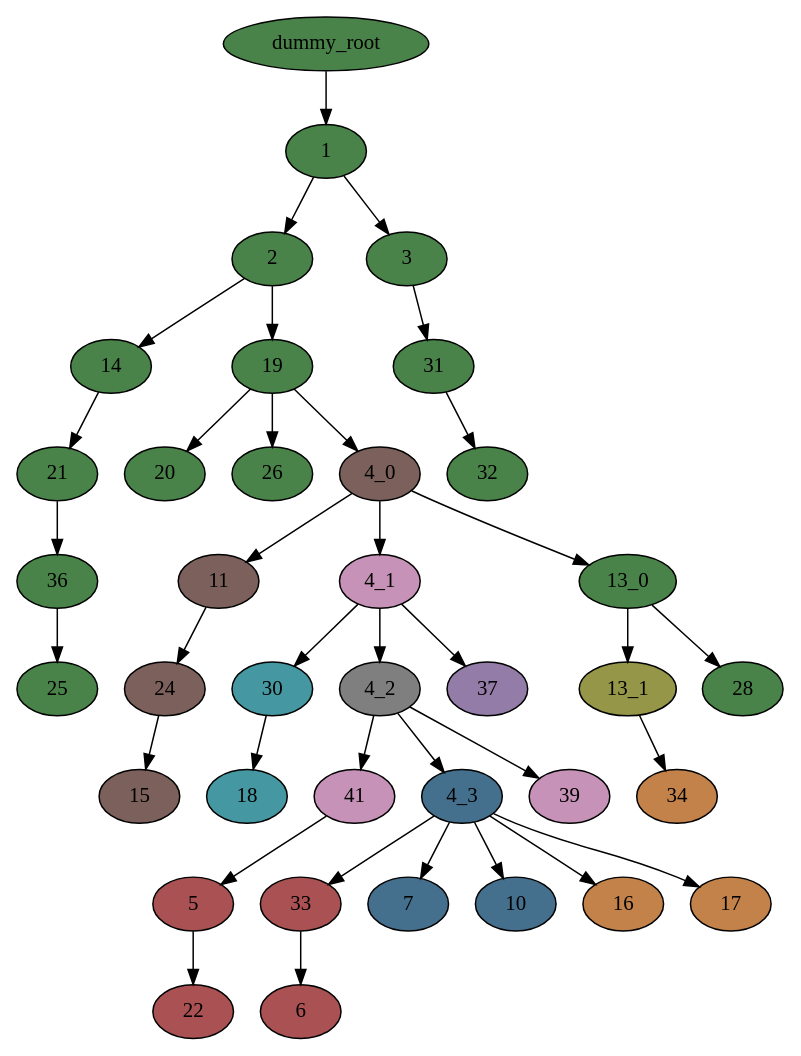
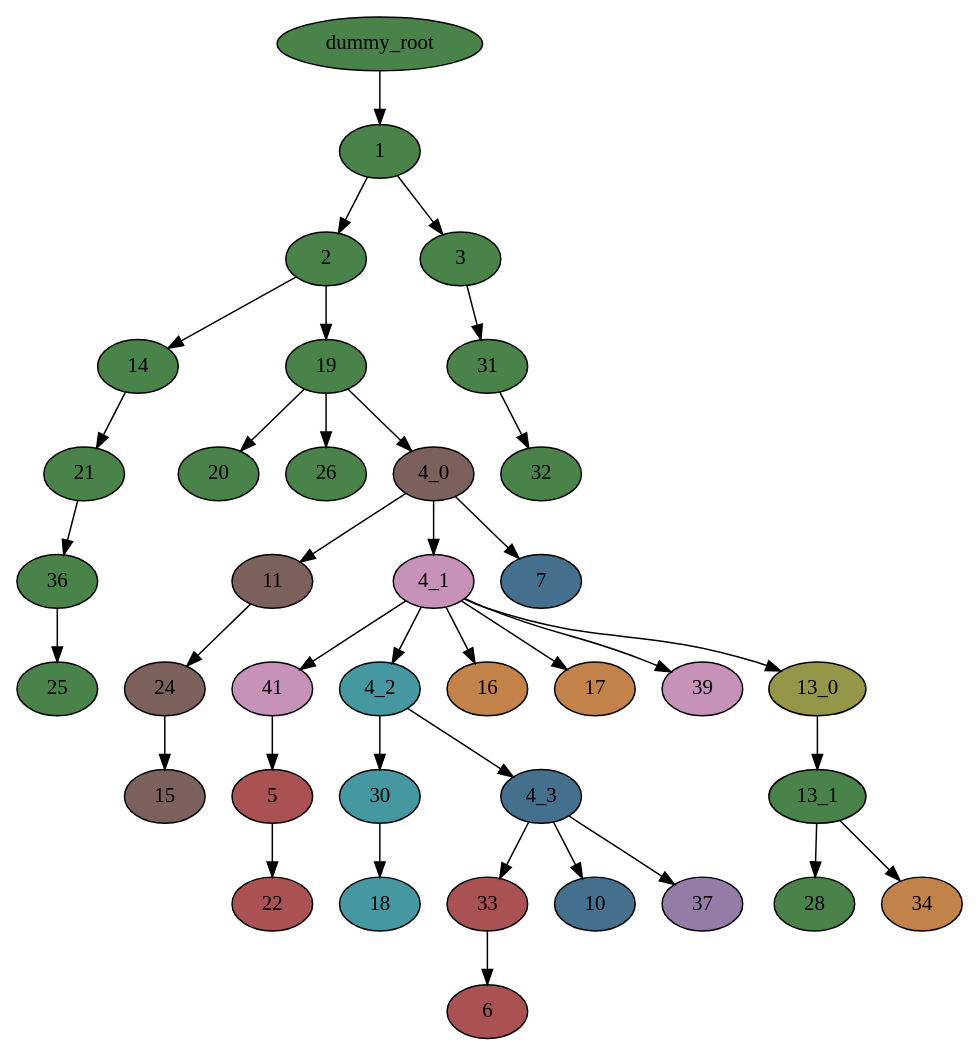
One commit to noahcape/pmh-rp changed the diagram in trees/CRUKP1584/tlp/tlp_output_colored_tree.dot. Above: the diagram before and after it, drawn with Graphviz. The commit also changed 255 other files, not shown here.

```diff
--- a/trees/CRUKP1584/tlp/tlp_output_colored_tree.dot
+++ b/trees/CRUKP1584/tlp/tlp_output_colored_tree.dot
@@ -1,75 +1,75 @@
 digraph T {
 	"1" [fillcolor="#498349", style=filled];
 	"2" [fillcolor="#498349", style=filled];
 	"3" [fillcolor="#498349", style=filled];
 	"14" [fillcolor="#498349", style=filled];
 	"19" [fillcolor="#498349", style=filled];
 	"31" [fillcolor="#498349", style=filled];
 	"20" [fillcolor="#498349", style=filled];
 	"26" [fillcolor="#498349", style=filled];
 	"4_0" [fillcolor="#7b605b", style=filled];
 	"41" [fillcolor="#c792b7", style=filled];
 	"5" [fillcolor="#aa5253", style=filled];
 	"22" [fillcolor="#aa5253", style=filled];
 	"11" [fillcolor="#7b605b", style=filled];
 	"24" [fillcolor="#7b605b", style=filled];
 	"21" [fillcolor="#498349", style=filled];
 	"36" [fillcolor="#498349", style=filled];
 	"15" [fillcolor="#7b605b", style=filled];
 	"30" [fillcolor="#4598a1", style=filled];
 	"18" [fillcolor="#4598a1", style=filled];
 	"32" [fillcolor="#498349", style=filled];
 	"33" [fillcolor="#aa5253", style=filled];
 	"6" [fillcolor="#aa5253", style=filled];
 	"25" [fillcolor="#498349", style=filled];
 	"4_1" [fillcolor="#c792b7", style=filled];
-	"13_0" [fillcolor="#498349", style=filled];
-	"4_2" [fillcolor="#7f7f7f", style=filled];
-	"37" [fillcolor="#937ca7", style=filled];
-	"4_3" [fillcolor="#44708e", style=filled];
-	"39" [fillcolor="#c792b7", style=filled];
 	"7" [fillcolor="#44708e", style=filled];
-	"10" [fillcolor="#44708e", style=filled];
+	"4_2" [fillcolor="#4598a1", style=filled];
 	"16" [fillcolor="#c2824a", style=filled];
 	"17" [fillcolor="#c2824a", style=filled];
-	"13_1" [fillcolor="#959648", style=filled];
+	"39" [fillcolor="#c792b7", style=filled];
+	"13_0" [fillcolor="#959648", style=filled];
+	"4_3" [fillcolor="#44708e", style=filled];
+	"10" [fillcolor="#44708e", style=filled];
+	"37" [fillcolor="#937ca7", style=filled];
+	"13_1" [fillcolor="#498349", style=filled];
 	"28" [fillcolor="#498349", style=filled];
 	"34" [fillcolor="#c2824a", style=filled];
 	"dummy_root" [fillcolor="#498349", style=filled];
 	"1" -> "2";
 	"1" -> "3";
 	"2" -> "14";
 	"2" -> "19";
 	"3" -> "31";
 	"14" -> "21";
 	"19" -> "20";
 	"19" -> "26";
 	"19" -> "4_0";
 	"31" -> "32";
 	"4_0" -> "4_1";
 	"4_0" -> "11";
-	"4_0" -> "13_0";
+	"4_0" -> "7";
 	"41" -> "5";
 	"5" -> "22";
 	"11" -> "24";
 	"24" -> "15";
 	"21" -> "36";
 	"36" -> "25";
 	"30" -> "18";
 	"33" -> "6";
 	"4_1" -> "4_2";
-	"4_1" -> "30";
-	"4_1" -> "37";
+	"4_1" -> "41";
+	"4_1" -> "16";
+	"4_1" -> "17";
+	"4_1" -> "39";
+	"4_1" -> "13_0";
+	"4_2" -> "4_3";
+	"4_2" -> "30";
 	"13_0" -> "13_1";
-	"13_0" -> "28";
-	"4_2" -> "4_3";
-	"4_2" -> "41";
-	"4_2" -> "39";
 	"4_3" -> "33";
-	"4_3" -> "7";
 	"4_3" -> "10";
-	"4_3" -> "16";
-	"4_3" -> "17";
+	"4_3" -> "37";
+	"13_1" -> "28";
 	"13_1" -> "34";
 	"dummy_root" -> "1";
 }
```
